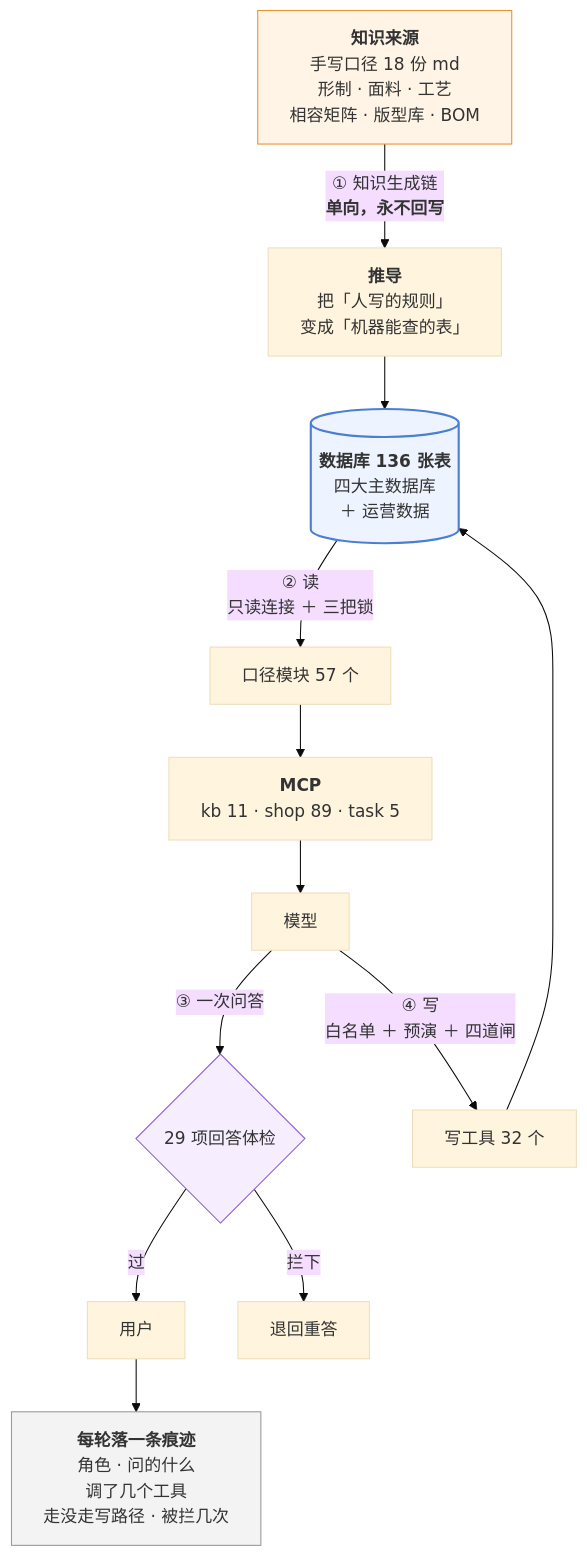
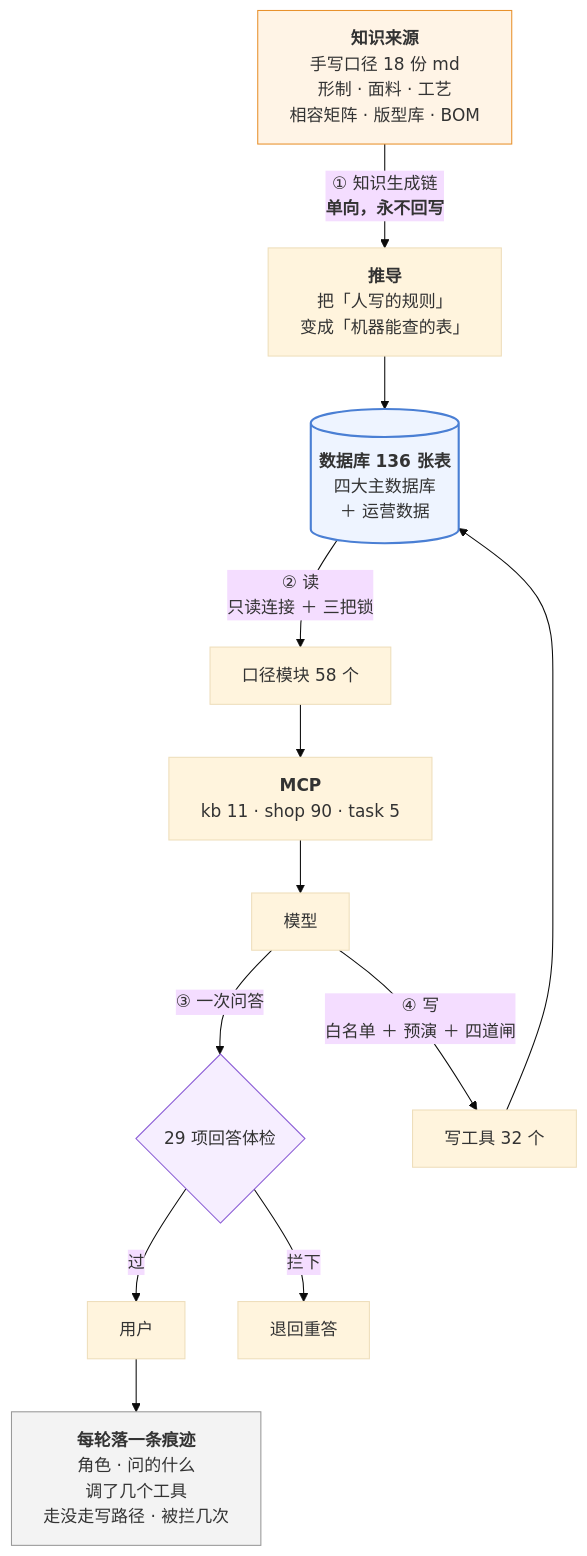
One commit to 843773296-rgb/lanxiu-yunshang-agent changed the third of 3 diagrams in 澜绣云裳agent-产品说明.md. Above: the diagram before and after it, drawn with Mermaid (base theme). The commit also changed other lines of this file and 15 other files, not shown here.

````diff
--- a/澜绣云裳agent-产品说明.md
+++ b/澜绣云裳agent-产品说明.md
@@ -1050,24 +1051,24 @@
 ```mermaid
 flowchart TD
     MD["<b>知识来源</b><br/>手写口径 18 份 md<br/>形制 · 面料 · 工艺<br/>相容矩阵 · 版型库 · BOM"]
     MD -->|"① 知识生成链<br/><b>单向，永不回写</b>"| DV["<b>推导</b><br/>把「人写的规则」<br/>变成「机器能查的表」"]
     DV --> DB[("<b>数据库 136 张表</b><br/>四大主数据库<br/>＋ 运营数据")]
 
-    DB -->|"② 读<br/>只读连接 ＋ 三把锁"| KJ["口径模块 57 个"]
-    KJ --> MCP["<b>MCP</b><br/>kb 11 · shop 89 · task 5"]
+    DB -->|"② 读<br/>只读连接 ＋ 三把锁"| KJ["口径模块 58 个"]
+    KJ --> MCP["<b>MCP</b><br/>kb 11 · shop 90 · task 5"]
     MCP --> LLM["模型"]
 
     LLM -->|"③ 一次问答"| GD{"29 项回答体检"}
     GD -- 过 --> U["用户"]
     GD -- 拦下 --> RE["退回重答"]
 
     LLM -->|"④ 写<br/>白名单 ＋ 预演 ＋ 四道闸"| W["写工具 32 个"]
     W --> DB
 
     U --> TR["<b>每轮落一条痕迹</b><br/>角色 · 问的什么<br/>调了几个工具<br/>走没走写路径 · 被拦几次"]
 
     style MD fill:#fff4e6,stroke:#e8912d
     style DB fill:#eef4ff,stroke:#4a7fd4,stroke-width:2px
     style GD fill:#f6eeff,stroke:#8b5cd6
     style TR fill:#f3f3f3,stroke:#999
 ```
````
